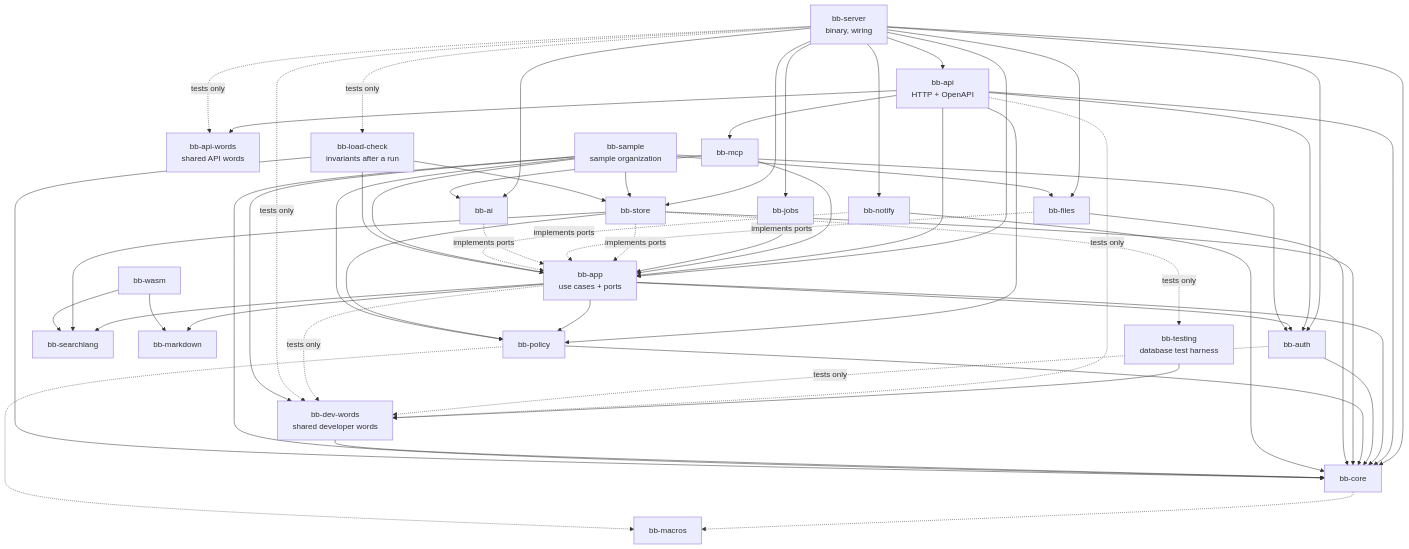
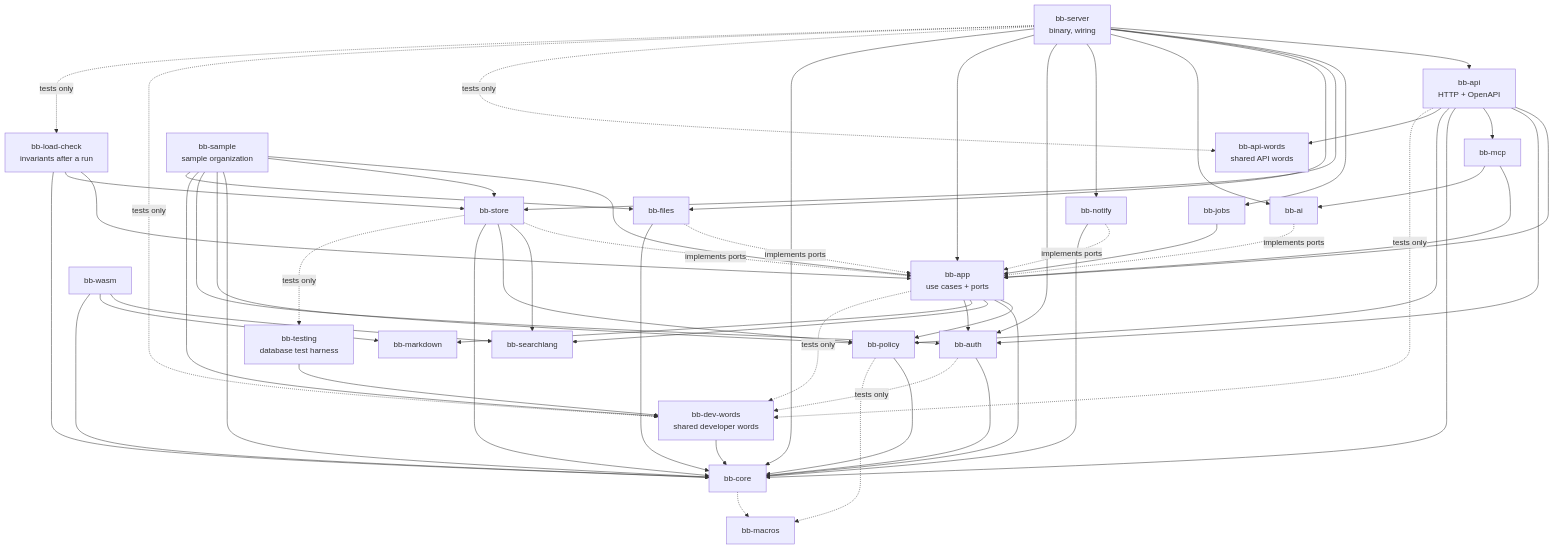
Before and after one commit to Nusi42/Bugaboo: the diagram in docs/architecture/04-building-blocks.md, drawn with Mermaid. The commit also changed other lines of this file and 4 other files, not shown here.

````diff
--- a/docs/architecture/04-building-blocks.md
+++ b/docs/architecture/04-building-blocks.md
@@ -47,53 +47,53 @@
 ```mermaid
 flowchart TB
   server["bb-server<br/>binary, wiring"]
   api["bb-api<br/>HTTP + OpenAPI"]
   words["bb-api-words<br/>shared API words"]
   devwords["bb-dev-words<br/>shared developer words"]
   mcp["bb-mcp"]
   app["bb-app<br/>use cases + ports"]
   policy["bb-policy"]
   core["bb-core"]
   macros["bb-macros"]
   search["bb-searchlang"]
   md["bb-markdown"]
   store["bb-store"]
   files["bb-files"]
   auth["bb-auth"]
   ai["bb-ai"]
   notify["bb-notify"]
   jobs["bb-jobs"]
   wasm["bb-wasm"]
   testing["bb-testing<br/>database test harness"]
   sample["bb-sample<br/>sample organization"]
   loadcheck["bb-load-check<br/>invariants after a run"]
 
   server --> api & jobs & store & files & ai & notify & auth & app & core
   api --> app & auth & mcp & core & policy & words
   mcp --> app & ai
   jobs --> app
   app --> policy & core & search & md & auth
   auth --> core
   policy --> core
   core -.-> macros
   policy -.-> macros
   store -. implements ports .-> app
   files -. implements ports .-> app
   ai -. implements ports .-> app
   notify -. implements ports .-> app
   store --> search & policy & core
   files --> core
   notify --> core
-  wasm --> search & md
+  wasm --> search & md & core
   store -. tests only .-> testing
   server -. tests only .-> words
   testing --> devwords
   devwords --> core
   api -. tests only .-> devwords
   auth -. tests only .-> devwords
   app -. tests only .-> devwords
   server -. tests only .-> devwords
   sample --> app & store & core & policy & auth & devwords & files
   loadcheck --> app & store & core
   server -. tests only .-> loadcheck
 ```
````
